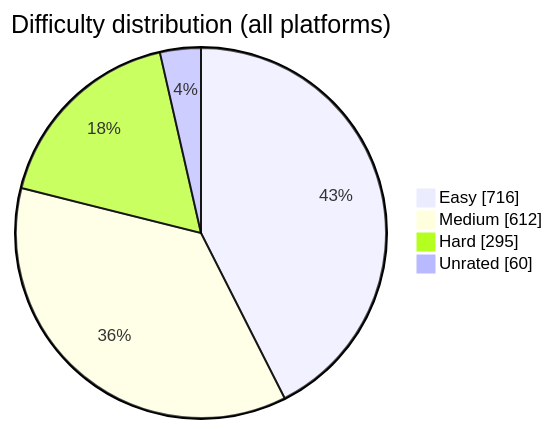
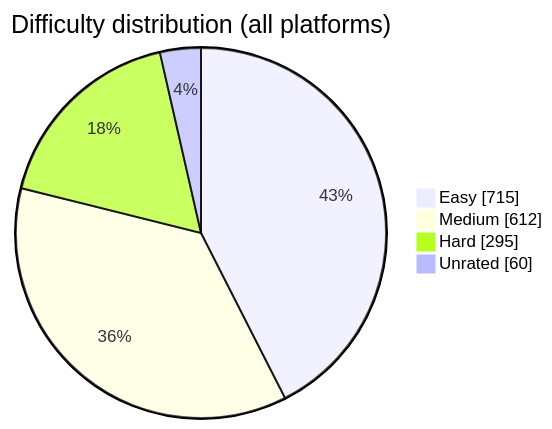
The diagram in README.md (BuildbyArindam/Daily-Coding-Log), drawn with Mermaid before and after one commit. The commit also changed other lines of this file, not shown here.

````diff
--- a/README.md
+++ b/README.md
@@ -93,7 +93,7 @@
 ```mermaid
 pie showData title Difficulty distribution (all platforms)
-    "Easy" : 716
+    "Easy" : 715
     "Medium" : 612
     "Hard" : 295
     "Unrated" : 60
 ```
````
